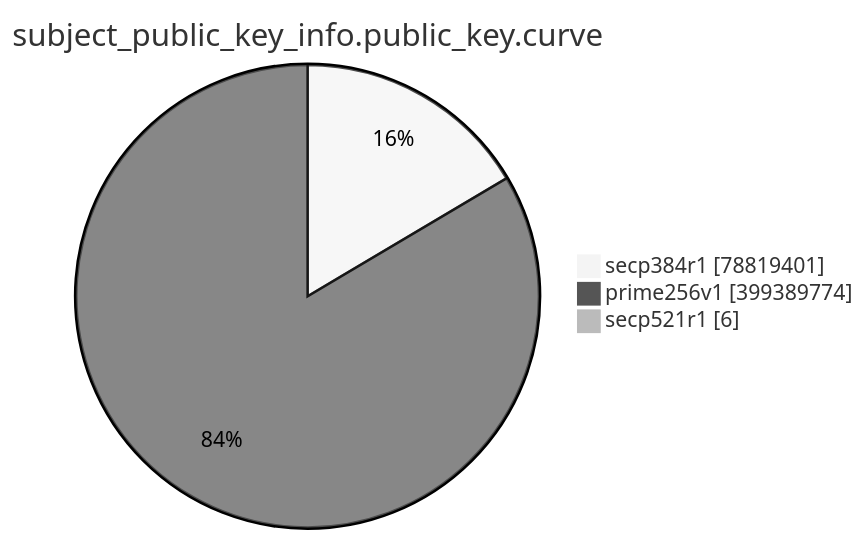
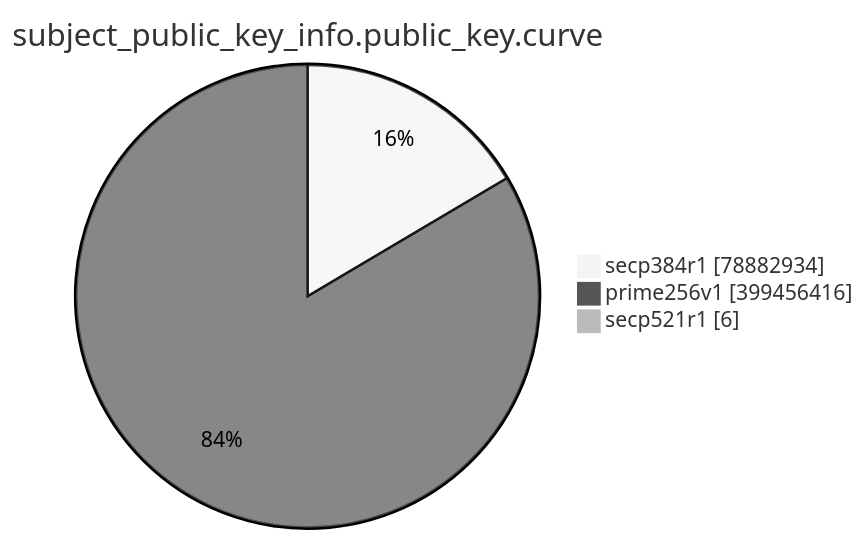
One commit to christiankrug/ctmonitor_visualization changed the eighth of 15 diagrams in TOTAL/README.md. Above: the diagram before and after it, drawn with Mermaid (neutral theme). The commit also changed other lines of this file, not shown here.

````diff
--- a/TOTAL/README.md
+++ b/TOTAL/README.md
@@ -3095,7 +3095,7 @@
 ```mermaid
 pie showData
 title subject_public_key_info.public_key.curve
-"secp384r1" :78819401
-"prime256v1" :399389774
+"secp384r1" :78882934
+"prime256v1" :399456416
 "secp521r1" :6
 ```
````
